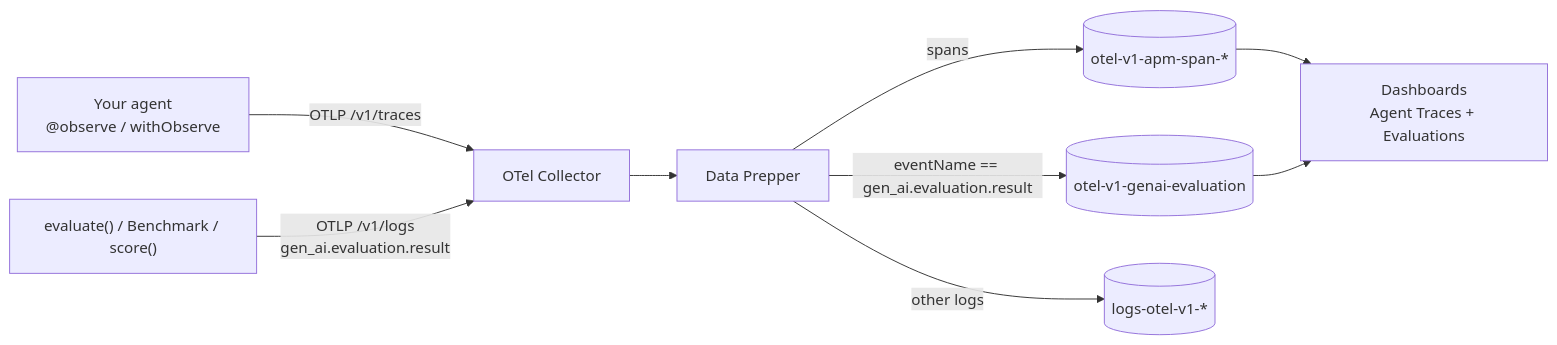
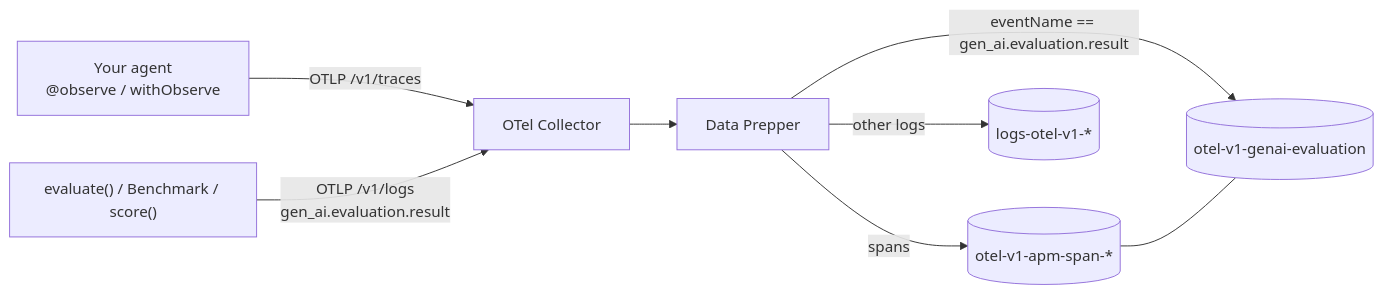
One commit to opensearch-project/observability-stack changed the diagram in docs/starlight-docs/src/content/docs/agent-evals/quickstart.mdx. Above: the diagram before and after it, drawn with Mermaid. The commit also changed other lines of this file and 6 other files, not shown here.

First line of the commit message:
docs(agent-evals): SDK from main, no Evaluations UI, current template and pipeline

````diff
--- a/docs/starlight-docs/src/content/docs/agent-evals/quickstart.mdx
+++ b/docs/starlight-docs/src/content/docs/agent-evals/quickstart.mdx
@@ -22,11 +19,10 @@
 ```mermaid
 flowchart LR
     A["Your agent<br/>@observe / withObserve"] -->|"OTLP /v1/traces"| C["OTel Collector"]
     E["evaluate() / Benchmark / score()"] -->|"OTLP /v1/logs<br/>gen_ai.evaluation.result"| C
     C --> D["Data Prepper"]
     D -->|"spans"| S[("otel-v1-apm-span-*")]
     D -->|"eventName == gen_ai.evaluation.result"| R[("otel-v1-genai-evaluation")]
     D -->|"other logs"| L[("logs-otel-v1-*")]
-    S --> UI["Dashboards<br/>Agent Traces + Evaluations"]
-    R --> UI
+    S --- R
 ```
````
